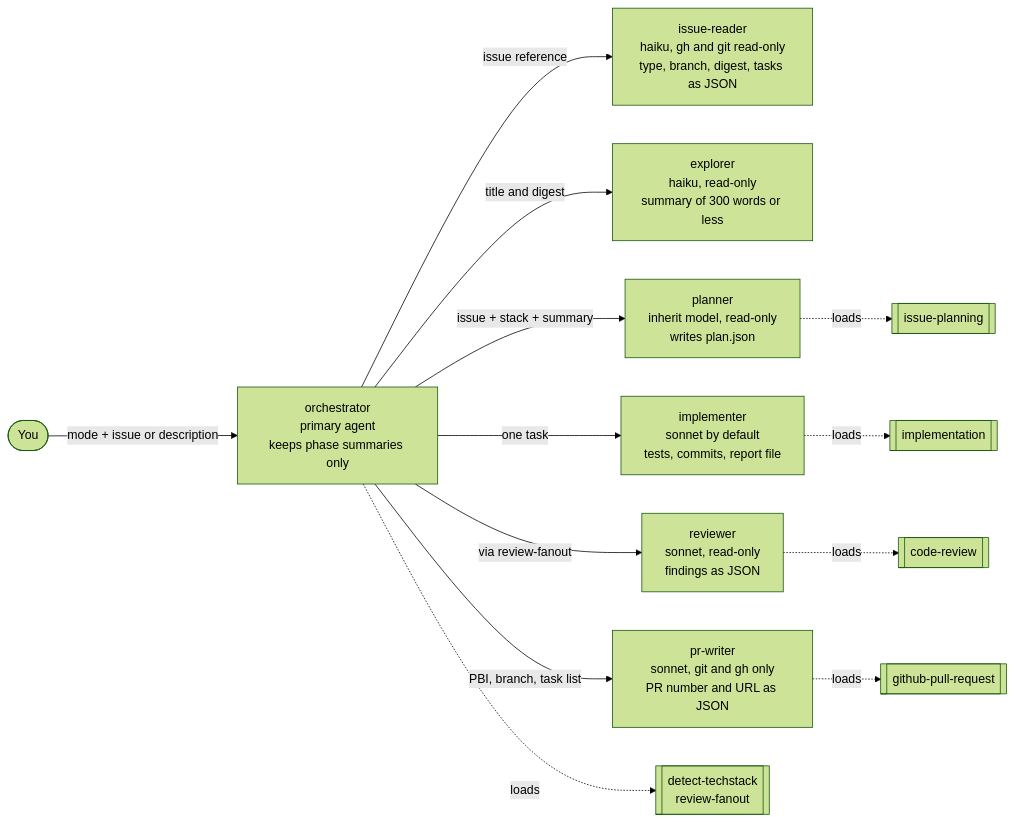
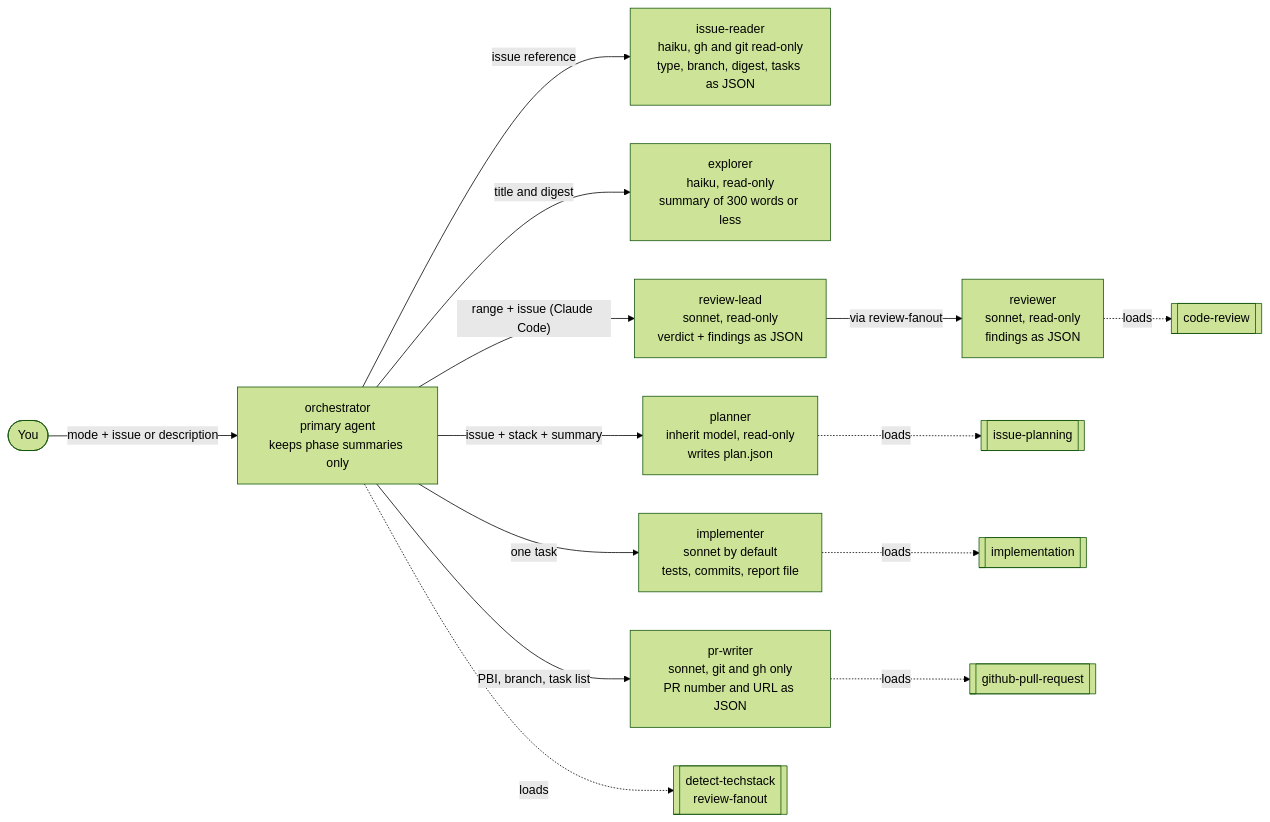
The first of 11 diagrams in docs/orchestrator.md (GravionLabs/apm-hub), drawn with Mermaid (forest theme) before and after one commit. The commit also changed other lines of this file and 6 other files, not shown here.

First line of the commit message:
feat: dispatch review-lead in the review phase where nesting is supported (#307)

````diff
--- a/docs/orchestrator.md
+++ b/docs/orchestrator.md
@@ -11,15 +11,16 @@
 ```mermaid
 flowchart LR
     U([You]) -->|"mode + issue or description"| O["orchestrator<br/>primary agent<br/>keeps phase summaries only"]
     O -->|"issue reference"| D["issue-reader<br/>haiku, gh and git read-only<br/>type, branch, digest, tasks as JSON"]
     O -->|"title and digest"| E["explorer<br/>haiku, read-only<br/>summary of 300 words or less"]
     O -->|"issue + stack + summary"| P["planner<br/>inherit model, read-only<br/>writes plan.json"]
     O -->|"one task"| I["implementer<br/>sonnet by default<br/>tests, commits, report file"]
-    O -->|"via review-fanout"| R["reviewer<br/>sonnet, read-only<br/>findings as JSON"]
+    O -->|"range + issue (Claude Code)"| L["review-lead<br/>sonnet, read-only<br/>verdict + findings as JSON"]
+    L -->|"via review-fanout"| R["reviewer<br/>sonnet, read-only<br/>findings as JSON"]
     O -->|"PBI, branch, task list"| W["pr-writer<br/>sonnet, git and gh only<br/>PR number and URL as JSON"]
     P -.->|"loads"| S1[["issue-planning"]]
     I -.->|"loads"| S2[["implementation"]]
     R -.->|"loads"| S3[["code-review"]]
     W -.->|"loads"| S5[["github-pull-request"]]
     O -.->|"loads"| S4[["detect-techstack<br/>review-fanout"]]
 ```
````
